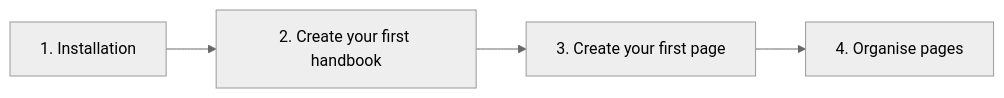
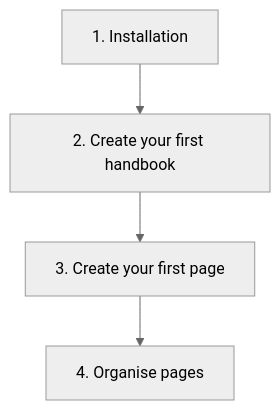
One commit to rfluethi/living-handbook changed the diagram in handbuch/en/living-handbook/getting-started/README.md. Above: the diagram before and after it, drawn with Mermaid (neutral theme). The commit also changed other lines of this file and 60 other files, not shown here.

````diff
--- a/handbuch/en/living-handbook/getting-started/README.md
+++ b/handbuch/en/living-handbook/getting-started/README.md
@@ -5,6 +5,6 @@
 ```mermaid
-graph LR;
+graph TD;
   A["1. Installation"] --> B["2. Create your first handbook"];
   B --> C["3. Create your first page"];
   C --> D["4. Organise pages"];
 ```
````
